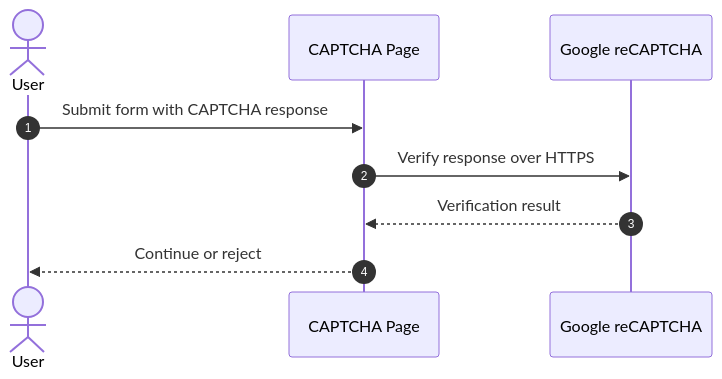
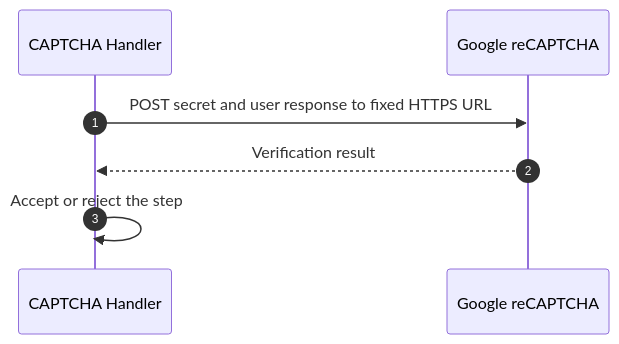
One commit to appsec-foundry/appsec-analyzer-examples changed diagram 15 of 15 in dvwa/security-assessment-dvwa-thorough-0.1.0.md. Above: the diagram before and after it, drawn with Mermaid. The commit also changed other lines of this file and 7 other files, not shown here.

````diff
--- a/dvwa/security-assessment-dvwa-thorough-0.1.0.md
+++ b/dvwa/security-assessment-dvwa-thorough-0.1.0.md
@@ -1337,11 +1280,9 @@
 ```mermaid
 sequenceDiagram
     autonumber
-    actor User
-    participant App as CAPTCHA Page
-    participant Google as Google reCAPTCHA
-    User->>App: Submit form with CAPTCHA response
-    App->>Google: Verify response over HTTPS
-    Google-->>App: Verification result
-    App-->>User: Continue or reject
+    participant Web as CAPTCHA Handler
+    participant G as Google reCAPTCHA
+    Web->>G: POST secret and user response to fixed HTTPS URL
+    G-->>Web: Verification result
+    Web->>Web: Accept or reject the step
 ```
````
